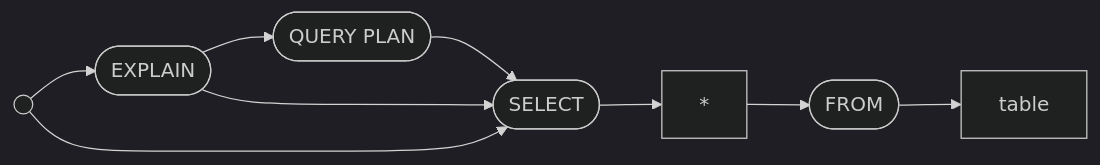
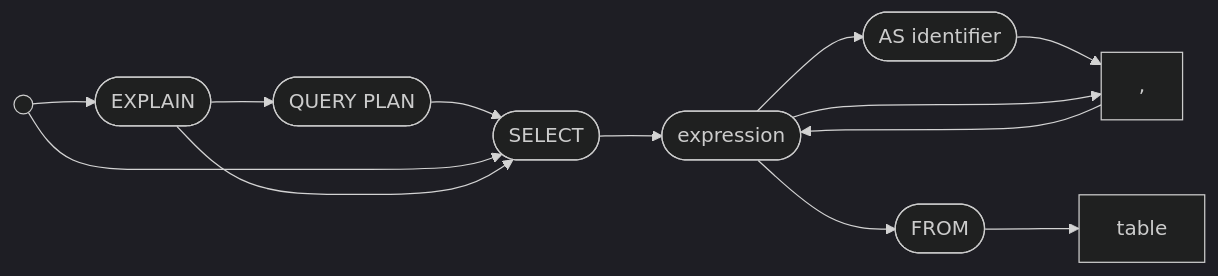
The first of 4 diagrams in README.md (chirst/cdb), drawn with Mermaid (dark theme) before and after one commit.

Commit message:
mermaids

````diff
--- a/README.md
+++ b/README.md
@@ -14,18 +14,24 @@
 ```mermaid
 graph LR
 begin(( ))
 explain([EXPLAIN])
 queryPlan([QUERY PLAN])
 select([SELECT])
-all[*]
+expression([expression])
+as([AS identifier])
+colSep[","]
 from([FROM])
 
 begin --> explain
 explain --> queryPlan
 queryPlan --> select
 begin --> select
 explain --> select
-select --> all
-all --> from
+select --> expression
+expression --> as
+as --> colSep
+expression --> colSep
+colSep --> expression
+expression --> from
 from --> table
 ```
````
